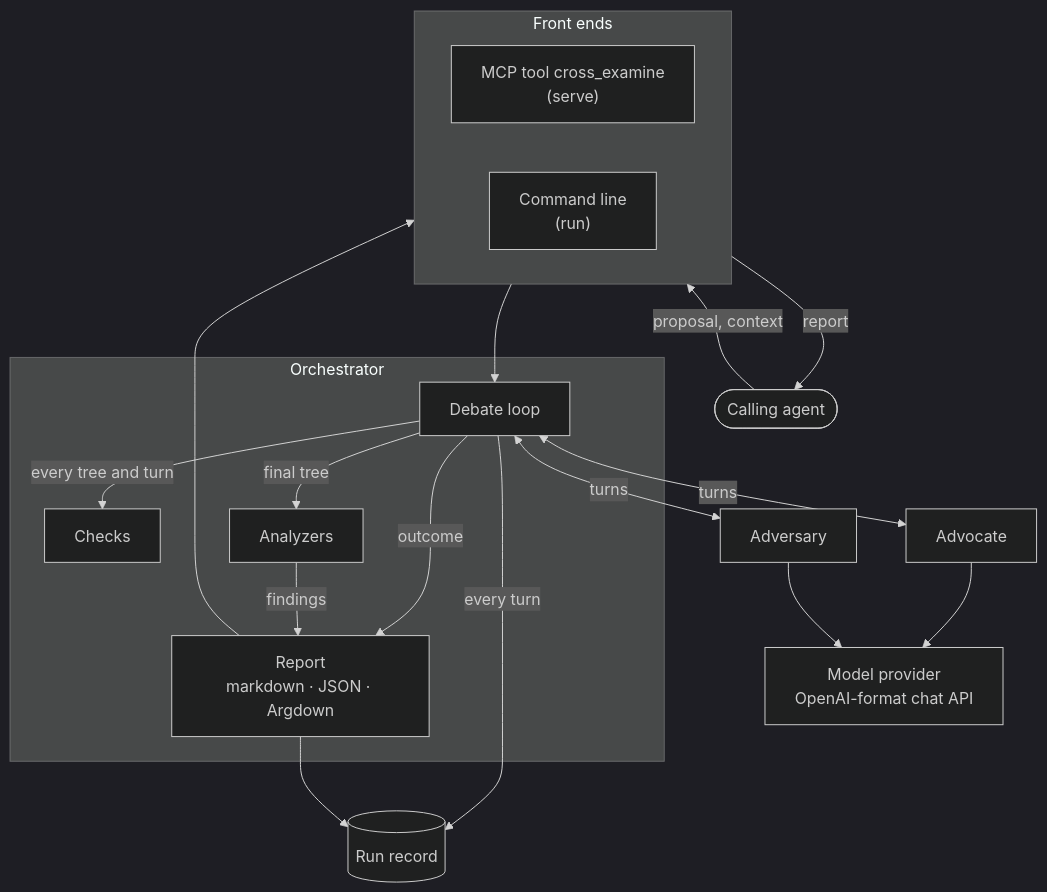
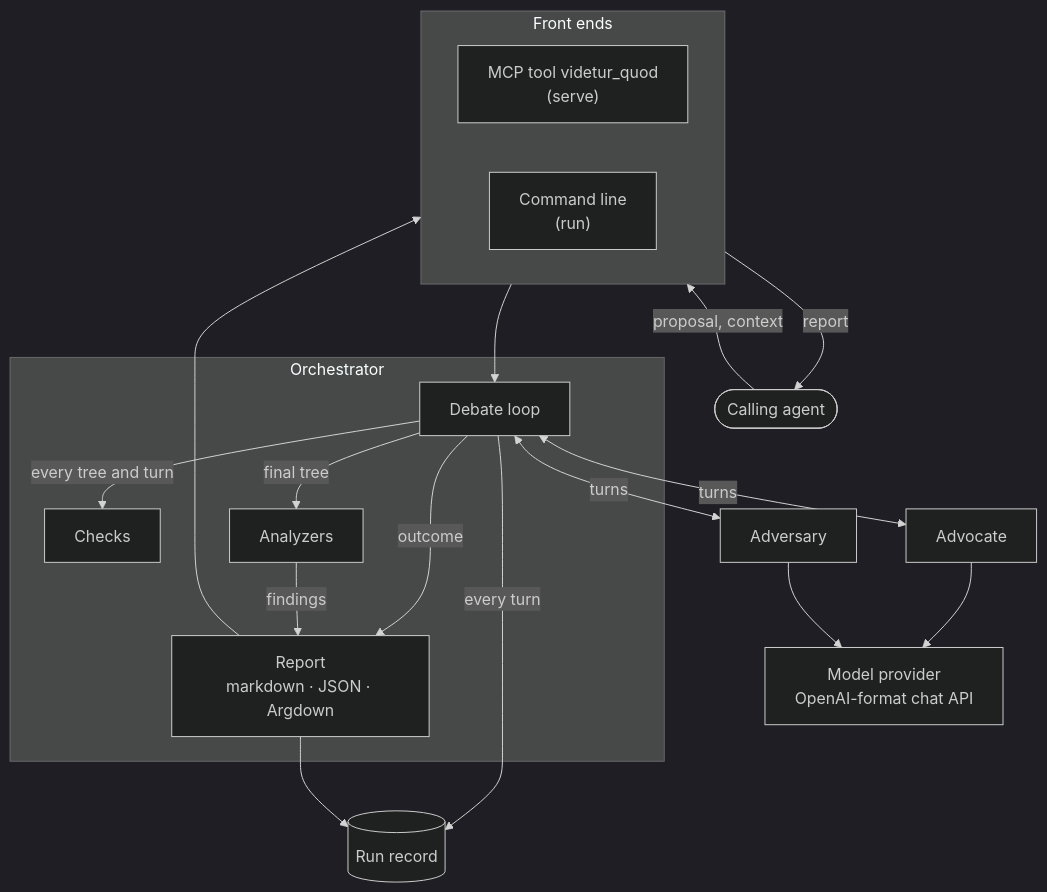
The diagram in README.md (AhmedKishki/sedcontra), drawn with Mermaid (dark theme) before and after one commit. The commit also changed other lines of this file and 14 other files, not shown here.

````diff
--- a/README.md
+++ b/README.md
@@ -7,32 +7,32 @@
 ```mermaid
 flowchart TB
     caller(["Calling agent"])
     subgraph frontends ["Front ends"]
-        mcp["MCP tool cross_examine<br>(serve)"]
+        mcp["MCP tool videtur_quod<br>(serve)"]
         cli["Command line<br>(run)"]
     end
     subgraph orchestrator ["Orchestrator"]
         debate["Debate loop"]
         checks["Checks"]
         analyzers["Analyzers"]
         report["Report<br>markdown · JSON · Argdown"]
     end
     advocate["Advocate"]
     adversary["Adversary"]
     provider["Model provider<br>OpenAI-format chat API"]
     record[("Run record")]
 
     caller -->|"proposal, context"| frontends
     frontends --> debate
     debate <-->|"turns"| advocate
     debate <-->|"turns"| adversary
     advocate & adversary --> provider
     debate -->|"every tree and turn"| checks
     debate -->|"final tree"| analyzers
     debate -->|"outcome"| report
     analyzers -->|"findings"| report
     debate -->|"every turn"| record
     report --> record
     report --> frontends
     frontends -->|"report"| caller
 ```
````
